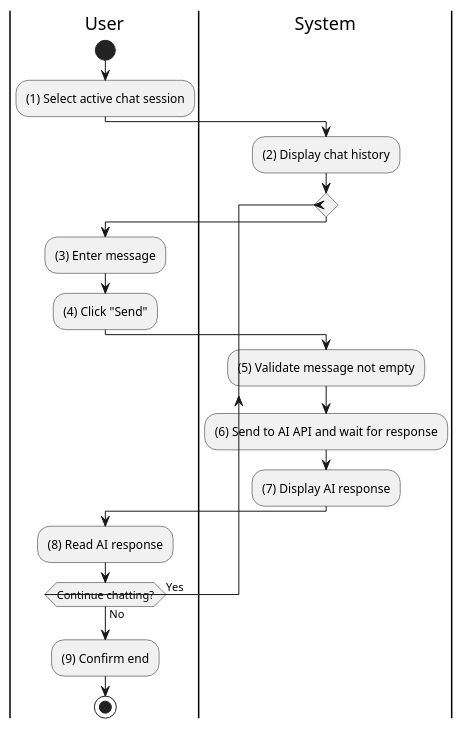
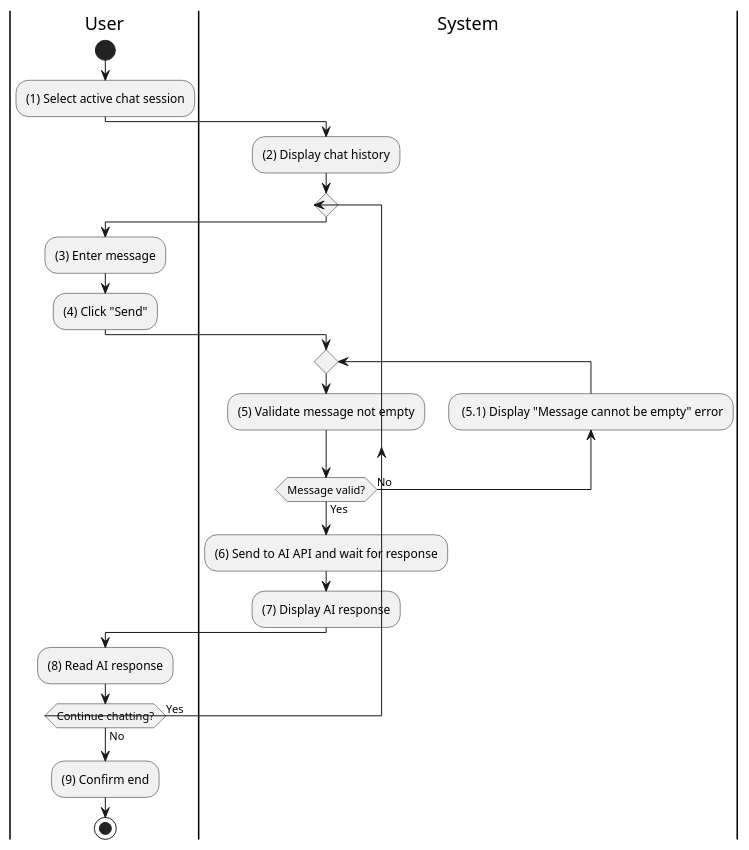
Before and after one commit to taskpilot-platform/taskpilot-platform.github.io: the diagram in docs/docs/activity/ai-assistant/chat-with-ai.md, drawn with PlantUML.

Commit message:
fix: add validation backward flow in chat-with-ai activity diagram

````diff
--- a/docs/docs/activity/ai-assistant/chat-with-ai.md
+++ b/docs/docs/activity/ai-assistant/chat-with-ai.md
@@ -3,30 +3,33 @@
 ```plantuml
 @startuml
 |U|User
 |S|System
 
 |U|
 start
 :(1) Select active chat session;
 
 |S|
 :(2) Display chat history;
 
 repeat
   |U|
   :(3) Enter message;
   :(4) Click "Send";
 
   |S|
-  :(5) Validate message not empty;
+  repeat
+    :(5) Validate message not empty;
+    backward: (5.1) Display "Message cannot be empty" error;
+  repeat while (Message valid?) is (No) not (Yes)
   :(6) Send to AI API and wait for response;
   :(7) Display AI response;
   |U|
   :(8) Read AI response;
 repeat while (Continue chatting?) is (Yes) not (No)
 
 :(9) Confirm end;
 
 stop
 @enduml
 ```
````
